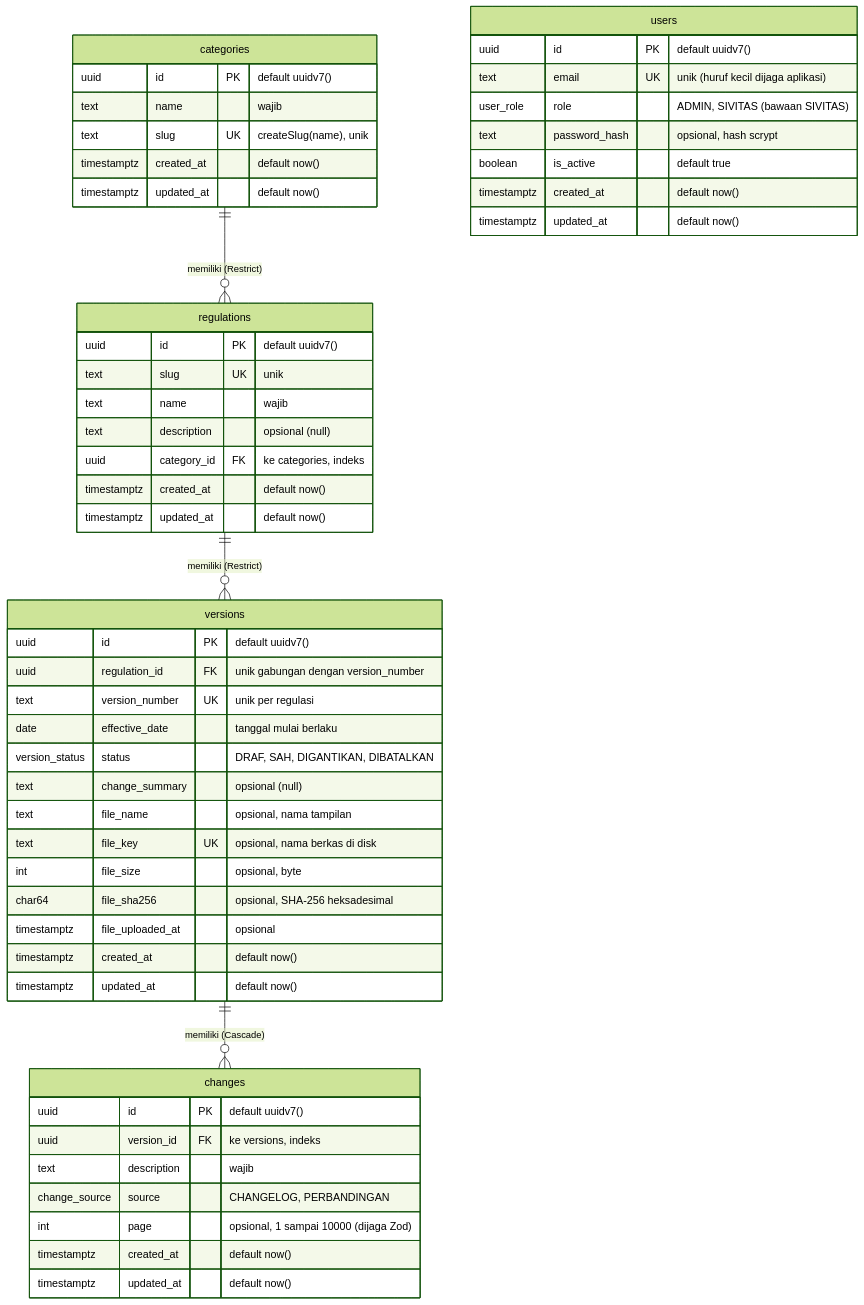
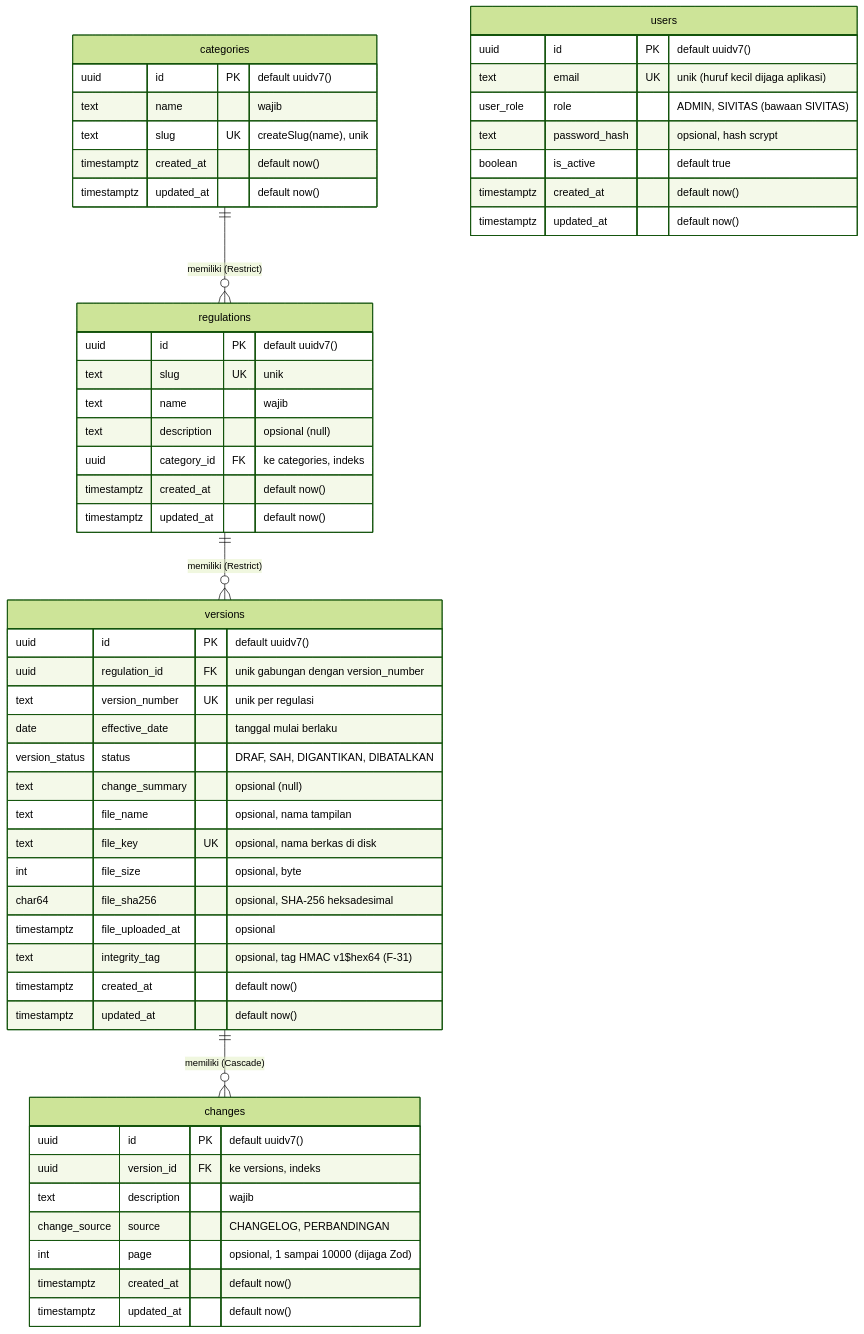
Before and after one commit to arifmuftitharsa/kyrion: the diagram in docs/tugas-2/erd-v0.2.mmd, drawn with Mermaid (forest theme). The commit also changed 3 other files, not shown here.

```diff
--- a/docs/tugas-2/erd-v0.2.mmd
+++ b/docs/tugas-2/erd-v0.2.mmd
@@ -1,58 +1,59 @@
 erDiagram
     categories ||--o{ regulations : "memiliki (Restrict)"
     regulations ||--o{ versions : "memiliki (Restrict)"
     versions ||--o{ changes : "memiliki (Cascade)"
 
     categories {
         uuid id PK "default uuidv7()"
         text name "wajib"
         text slug UK "createSlug(name), unik"
         timestamptz created_at "default now()"
         timestamptz updated_at "default now()"
     }
 
     regulations {
         uuid id PK "default uuidv7()"
         text slug UK "unik"
         text name "wajib"
         text description "opsional (null)"
         uuid category_id FK "ke categories, indeks"
         timestamptz created_at "default now()"
         timestamptz updated_at "default now()"
     }
 
     versions {
         uuid id PK "default uuidv7()"
         uuid regulation_id FK "unik gabungan dengan version_number"
         text version_number UK "unik per regulasi"
         date effective_date "tanggal mulai berlaku"
         version_status status "DRAF, SAH, DIGANTIKAN, DIBATALKAN"
         text change_summary "opsional (null)"
         text file_name "opsional, nama tampilan"
         text file_key UK "opsional, nama berkas di disk"
         int file_size "opsional, byte"
         char64 file_sha256 "opsional, SHA-256 heksadesimal"
         timestamptz file_uploaded_at "opsional"
+        text integrity_tag "opsional, tag HMAC v1$hex64 (F-31)"
         timestamptz created_at "default now()"
         timestamptz updated_at "default now()"
     }
 
     changes {
         uuid id PK "default uuidv7()"
         uuid version_id FK "ke versions, indeks"
         text description "wajib"
         change_source source "CHANGELOG, PERBANDINGAN"
         int page "opsional, 1 sampai 10000 (dijaga Zod)"
         timestamptz created_at "default now()"
         timestamptz updated_at "default now()"
     }
 
     users {
         uuid id PK "default uuidv7()"
         text email UK "unik (huruf kecil dijaga aplikasi)"
         user_role role "ADMIN, SIVITAS (bawaan SIVITAS)"
         text password_hash "opsional, hash scrypt"
         boolean is_active "default true"
         timestamptz created_at "default now()"
         timestamptz updated_at "default now()"
     }
```
